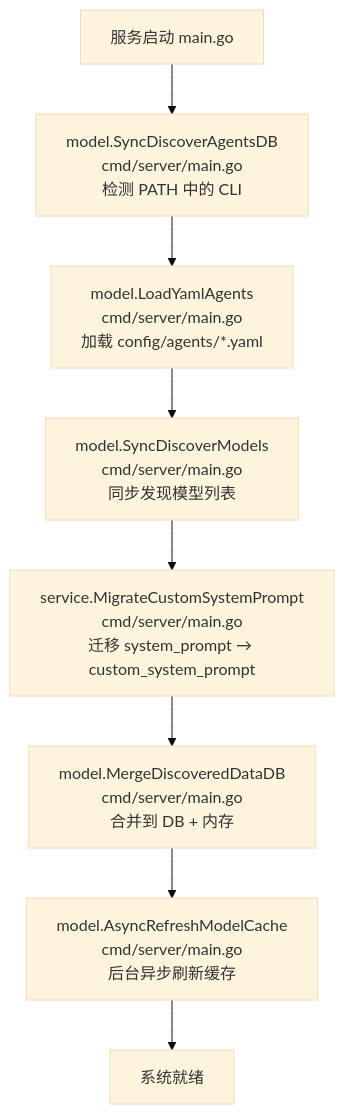
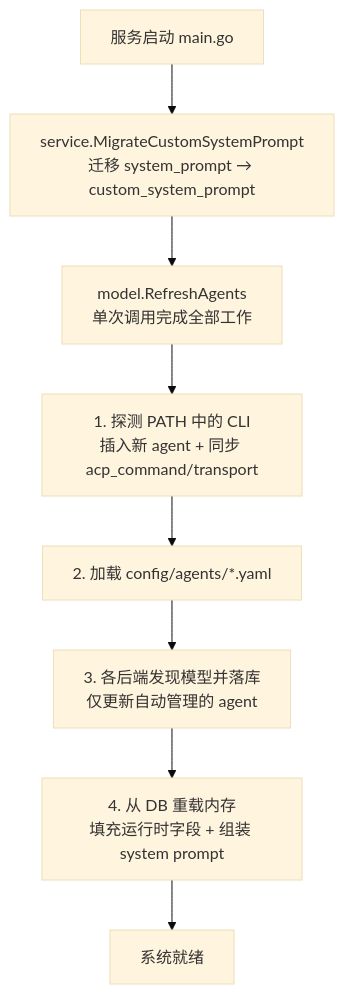
One commit to clawbench-dev/clawbench changed the first of 2 diagrams in docs/spec/infra/config-and-discovery.md. Above: the diagram before and after it, drawn with Mermaid (base theme). The commit also changed other lines of this file and 62 other files, not shown here.

````diff
--- a/docs/spec/infra/config-and-discovery.md
+++ b/docs/spec/infra/config-and-discovery.md
@@ -9,10 +9,10 @@
 ```mermaid
 flowchart TD
-    A[服务启动 main.go] --> B[model.SyncDiscoverAgentsDB<br/>cmd/server/main.go<br/>检测 PATH 中的 CLI]
-    B --> C[model.LoadYamlAgents<br/>cmd/server/main.go<br/>加载 config/agents/*.yaml]
-    C --> D[model.SyncDiscoverModels<br/>cmd/server/main.go<br/>同步发现模型列表]
-    D --> E[service.MigrateCustomSystemPrompt<br/>cmd/server/main.go<br/>迁移 system_prompt → custom_system_prompt]
-    E --> F[model.MergeDiscoveredDataDB<br/>cmd/server/main.go<br/>合并到 DB + 内存]
-    F --> G[model.AsyncRefreshModelCache<br/>cmd/server/main.go<br/>后台异步刷新缓存]
-    G --> H[系统就绪]
+    A[服务启动 main.go] --> B[service.MigrateCustomSystemPrompt<br/>迁移 system_prompt → custom_system_prompt]
+    B --> C[model.RefreshAgents<br/>单次调用完成全部工作]
+    C --> C1[1. 探测 PATH 中的 CLI<br/>插入新 agent + 同步 acp_command/transport]
+    C1 --> C2[2. 加载 config/agents/*.yaml]
+    C2 --> C3[3. 各后端发现模型并落库<br/>仅更新自动管理的 agent]
+    C3 --> C4[4. 从 DB 重载内存<br/>填充运行时字段 + 组装 system prompt]
+    C4 --> D[系统就绪]
 ```
````
